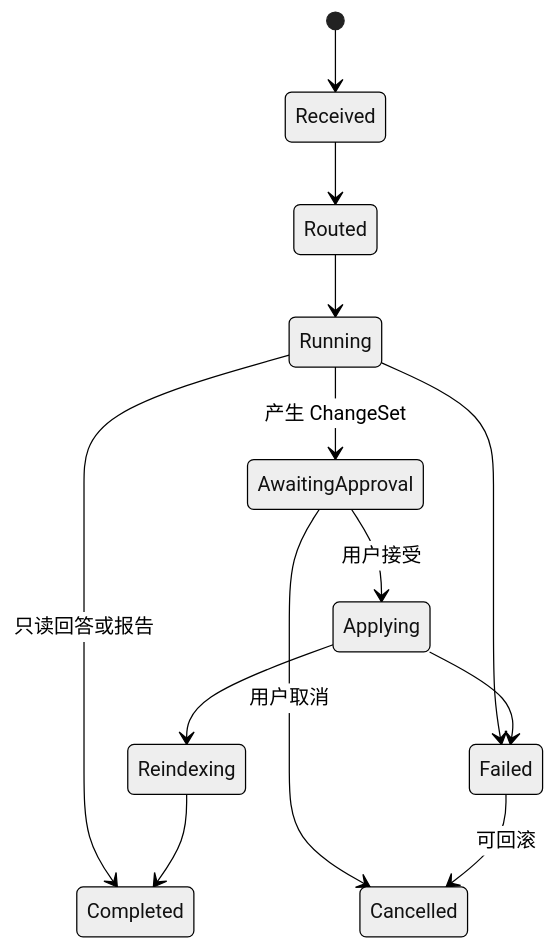
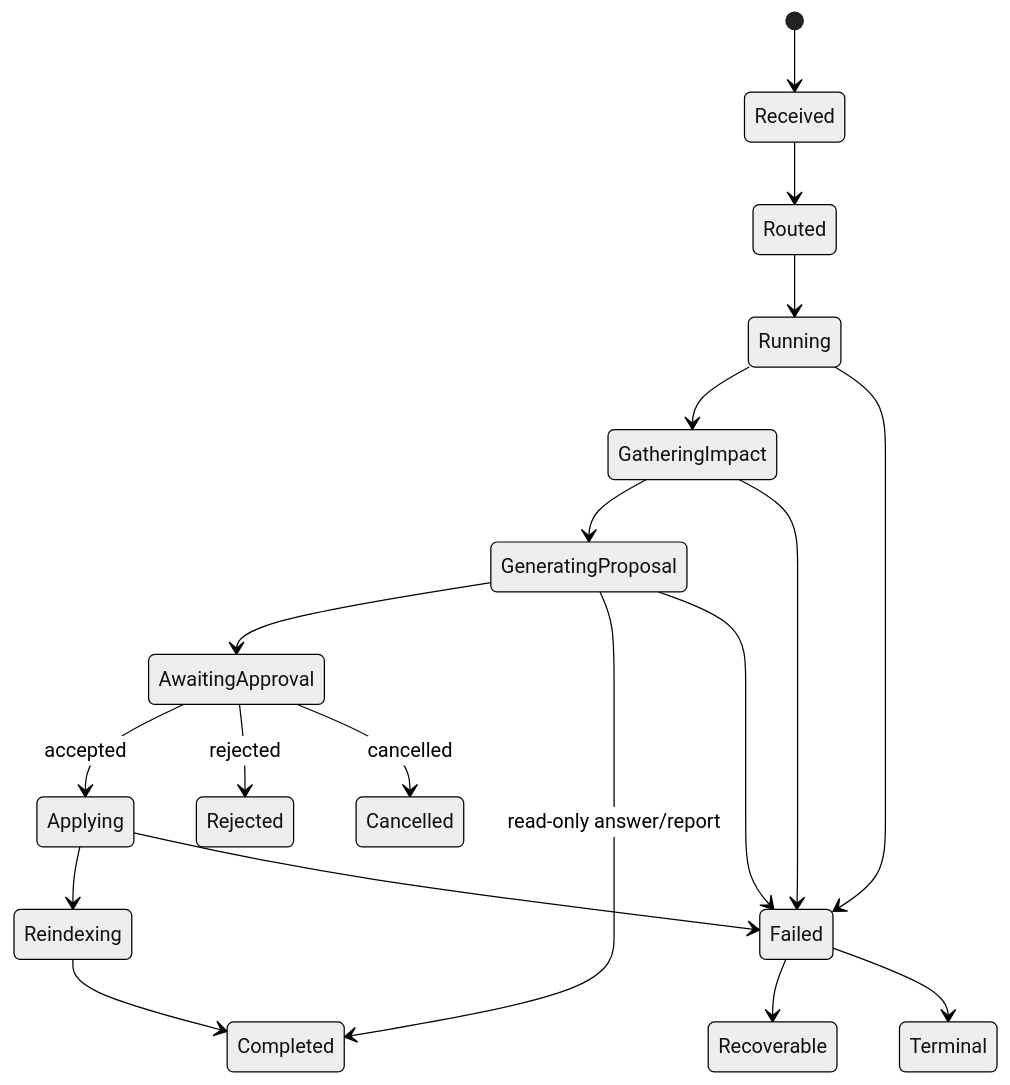
The second of 3 diagrams in spec/04-turn-orchestration.md (jinhuang712/open-novel), drawn with Mermaid (neutral theme) before and after one commit. The commit also changed other lines of this file and 15 other files, not shown here.

````diff
--- a/spec/04-turn-orchestration.md
+++ b/spec/04-turn-orchestration.md
@@ -31,15 +55,21 @@
 ```mermaid
 stateDiagram-v2
   [*] --> Received
   Received --> Routed
   Routed --> Running
-  Running --> AwaitingApproval: 产生 ChangeSet
-  Running --> Completed: 只读回答或报告
-  AwaitingApproval --> Applying: 用户接受
-  AwaitingApproval --> Cancelled: 用户取消
+  Running --> GatheringImpact
+  GatheringImpact --> GeneratingProposal
+  GeneratingProposal --> AwaitingApproval
+  GeneratingProposal --> Completed: read-only answer/report
+  AwaitingApproval --> Applying: accepted
+  AwaitingApproval --> Rejected: rejected
+  AwaitingApproval --> Cancelled: cancelled
   Applying --> Reindexing
   Reindexing --> Completed
   Running --> Failed
+  GatheringImpact --> Failed
+  GeneratingProposal --> Failed
   Applying --> Failed
-  Failed --> Cancelled: 可回滚
+  Failed --> Recoverable
+  Failed --> Terminal
 ```
````
